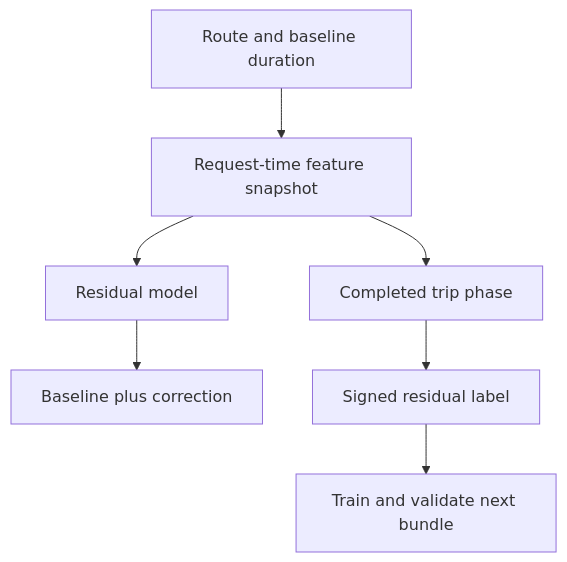
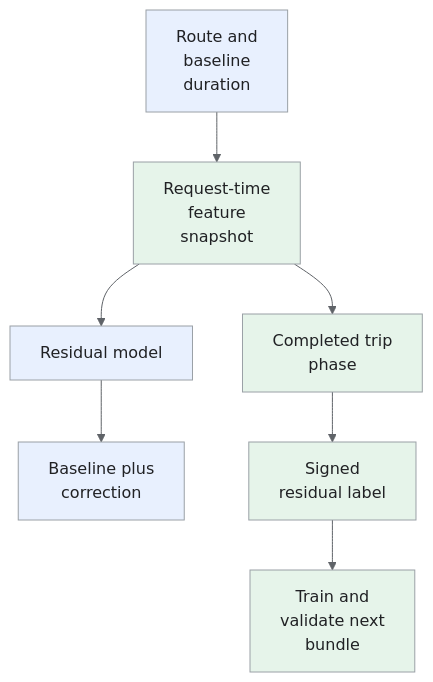
Before and after one commit to iliazlobin/iliazlobin.github.io: the fourth of 5 diagrams in _designs/ml-system-design-eta-arrival-time-prediction.md, drawn with Mermaid. The commit also changed other lines of this file and 131 other files, not shown here.

````diff
--- a/_designs/ml-system-design-eta-arrival-time-prediction.md
+++ b/_designs/ml-system-design-eta-arrival-time-prediction.md
@@ -219,9 +279,16 @@
 ```mermaid
+%%{init: {'theme':'base','themeVariables':{'primaryColor':'#e8f0fe','primaryTextColor':'#202124','primaryBorderColor':'#9aa0a6','lineColor':'#5f6368','secondaryColor':'#e6f4ea','tertiaryColor':'#fef7e0','actorBkg':'#e8f0fe','actorBorder':'#9aa0a6','actorTextColor':'#202124','noteBkgColor':'#fef7e0','noteTextColor':'#202124','noteBorderColor':'#9aa0a6','signalColor':'#5f6368','signalTextColor':'#202124','labelBoxBkgColor':'#fef7e0','labelBoxBorderColor':'#9aa0a6'}}}%%
 flowchart TB
-    R["Route and baseline duration"] --> F["Request-time feature snapshot"]
+    R["Route and<br>baseline<br>duration"] --> F["Request-time<br>feature<br>snapshot"]
     F --> M["Residual model"]
-    M --> P["Baseline plus correction"]
-    F --> T["Completed trip phase"]
-    T --> L["Signed residual label"]
-    L --> V["Train and validate next bundle"]
+    M --> P["Baseline plus<br>correction"]
+    F --> T["Completed trip<br>phase"]
+    T --> L["Signed<br>residual label"]
+    L --> V["Train and<br>validate next<br>bundle"]
+classDef request fill:#e8f0fe,stroke:#9aa0a6,color:#202124;
+classDef data fill:#e6f4ea,stroke:#9aa0a6,color:#202124;
+classDef control fill:#fef7e0,stroke:#9aa0a6,color:#202124;
+class R,M,P request;
+class F,T,L,V data;
+
 ```
````
